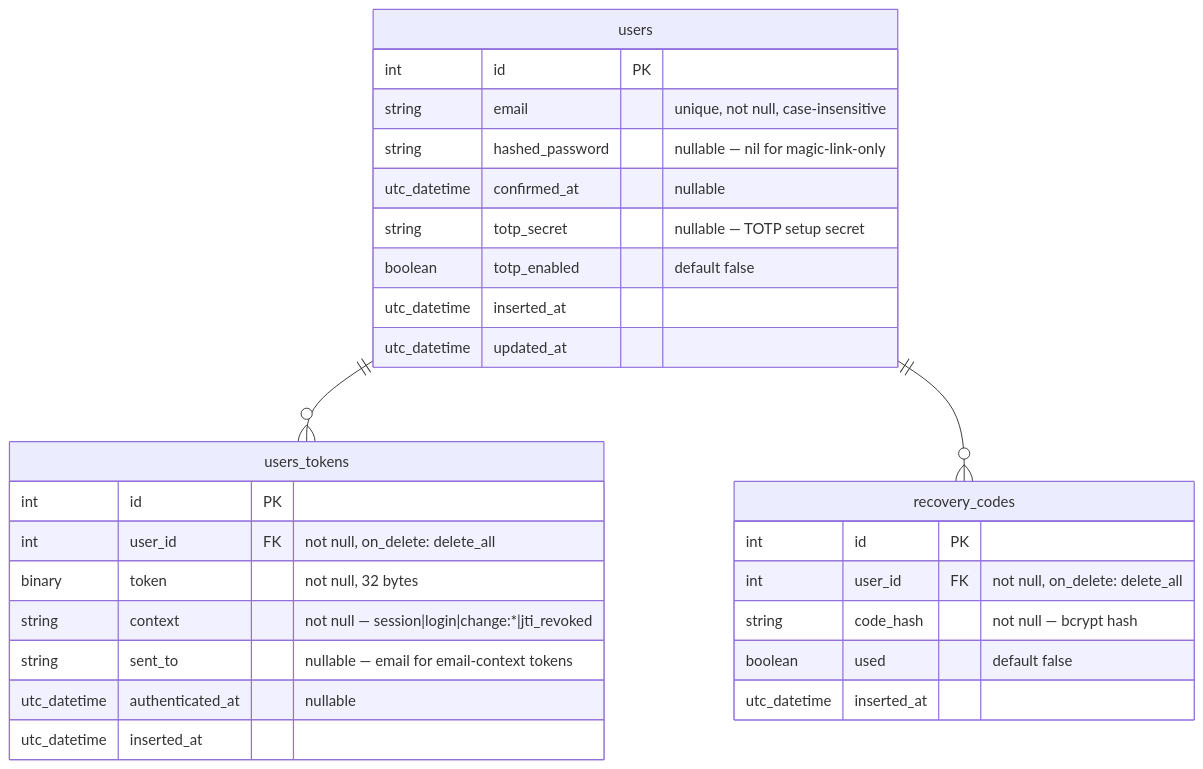
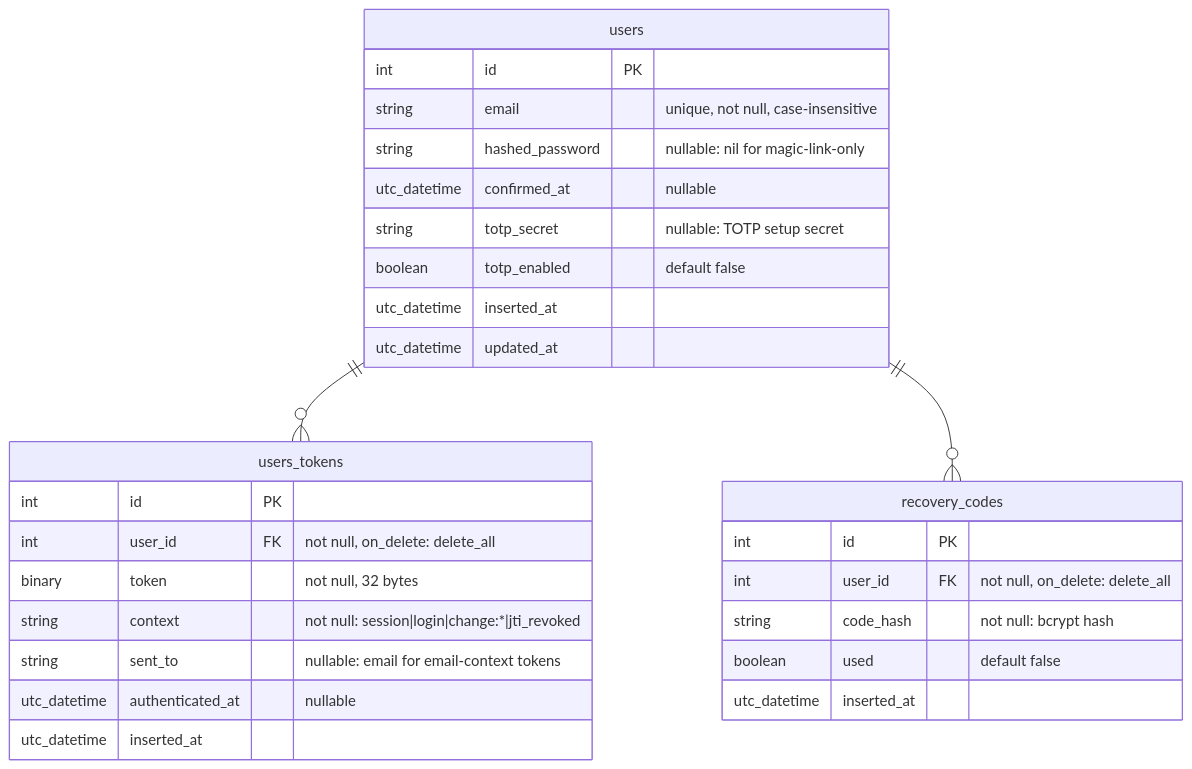
One commit to mandax/you changed the diagram in docs/database.md. Above: the diagram before and after it, drawn with Mermaid. The commit also changed 5 other files, not shown here.

````diff
--- a/docs/database.md
+++ b/docs/database.md
@@ -3,34 +3,34 @@
 ```mermaid
 erDiagram
     users {
         int id PK
         string email "unique, not null, case-insensitive"
-        string hashed_password "nullable — nil for magic-link-only"
+        string hashed_password "nullable: nil for magic-link-only"
         utc_datetime confirmed_at "nullable"
-        string totp_secret "nullable — TOTP setup secret"
+        string totp_secret "nullable: TOTP setup secret"
         boolean totp_enabled "default false"
         utc_datetime inserted_at
         utc_datetime updated_at
     }
 
     users_tokens {
         int id PK
         int user_id FK "not null, on_delete: delete_all"
         binary token "not null, 32 bytes"
-        string context "not null — session|login|change:*|jti_revoked"
-        string sent_to "nullable — email for email-context tokens"
+        string context "not null: session|login|change:*|jti_revoked"
+        string sent_to "nullable: email for email-context tokens"
         utc_datetime authenticated_at "nullable"
         utc_datetime inserted_at
     }
 
     recovery_codes {
         int id PK
         int user_id FK "not null, on_delete: delete_all"
-        string code_hash "not null — bcrypt hash"
+        string code_hash "not null: bcrypt hash"
         boolean used "default false"
         utc_datetime inserted_at
     }
 
     users ||--o{ users_tokens : ""
     users ||--o{ recovery_codes : ""
 ```
````
